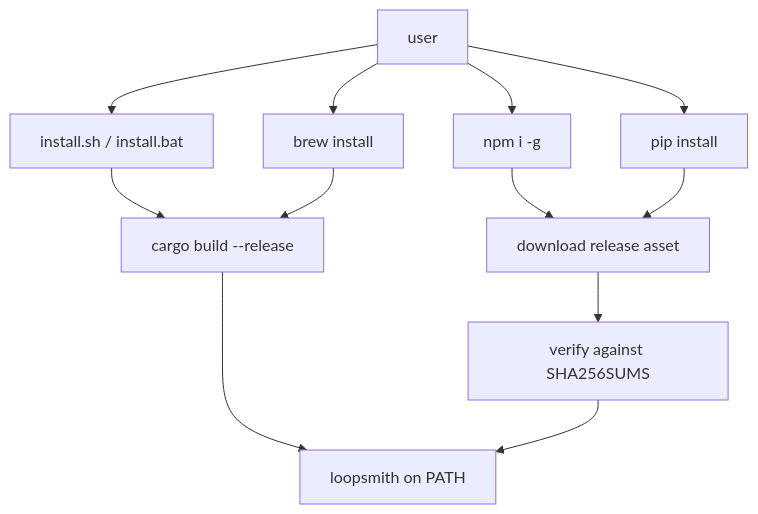
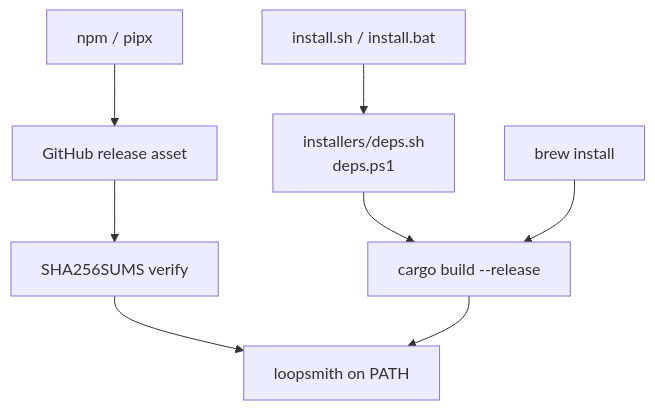
Before and after one commit to bitphill/loopsmith: the diagram in wiki/distribution-installers.md, drawn with Mermaid. The commit also changed other lines of this file and 30 other files, not shown here.

````diff
--- a/wiki/distribution-installers.md
+++ b/wiki/distribution-installers.md
@@ -22,14 +16,10 @@
 ```mermaid
 flowchart TD
-    A[user] --> B[install.sh / install.bat]
-    A --> C[brew install]
-    A --> D[npm i -g]
-    A --> E[pip install]
-    B --> F[cargo build --release]
-    C --> F
-    D --> G[download release asset]
-    E --> G
-    G --> H[verify against SHA256SUMS]
-    F --> I[loopsmith on PATH]
-    H --> I
+    A[install.sh / install.bat] --> D[installers/deps.sh<br/>deps.ps1]
+    D --> E[cargo build --release]
+    B[brew install] --> E
+    C[npm / pipx] --> F[GitHub release asset]
+    F --> G[SHA256SUMS verify]
+    G --> H[loopsmith on PATH]
+    E --> H
 ```
````
